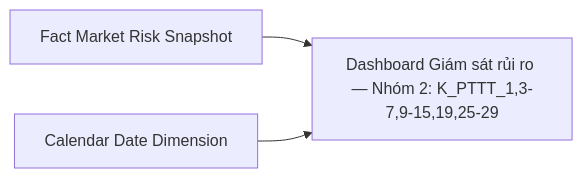
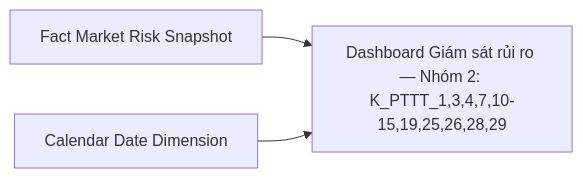
Diagram 14 of 53 in Datamart/hld/DTM_PTTT_HLD.md (linhlvit/ubck_atomic_design), drawn with Mermaid before and after one commit. The commit also changed other lines of this file and 21 other files, not shown here.

Commit message:
feat(datamart-review): nang cap toan dien skill datamart-review cho Claude Code, bo sung progress analyzer engine va dong bo BA GSDC/PTTT/TKNB

````diff
--- a/Datamart/hld/DTM_PTTT_HLD.md
+++ b/Datamart/hld/DTM_PTTT_HLD.md
@@ -639,5 +639,5 @@
 ```mermaid
 flowchart LR
-    fct_market_risk_snpst["Fact Market Risk Snapshot"] --> rpt_nh2_dong_gop["Dashboard Giám sát rủi ro — Nhóm 2: K_PTTT_1,3-7,9-15,19,25-29"]
+    fct_market_risk_snpst["Fact Market Risk Snapshot"] --> rpt_nh2_dong_gop["Dashboard Giám sát rủi ro — Nhóm 2: K_PTTT_1,3,4,7,10-15,19,25,26,28,29"]
     cdr_dt_dim["Calendar Date Dimension"] --> rpt_nh2_dong_gop
 ```
````
